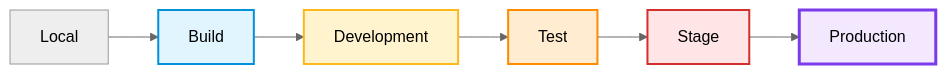
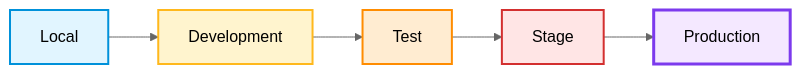
Before and after one commit to nhsbsa/nhsbsa-digital-playbook: the diagram in src/rtl/environments.md, drawn with Mermaid (neutral theme). The commit also changed other lines of this file and 2 other files, not shown here.

````diff
--- a/src/rtl/environments.md
+++ b/src/rtl/environments.md
@@ -36,15 +38,14 @@
 ```mermaid
 graph LR
     accTitle: Environment Propagation Flow
     accDescr: Flowchart showing sequential progression through Local, Build, Development, Test, Stage and Production
-    A[Local] --> B[Build]
-    B[Build] --> C[Development]
-    C --> D[Test]
-    D --> E[Stage]
-    E --> F[Production]
-    style B fill:#e1f5ff,stroke:#0091da,stroke-width:2px
-    style C fill:#fff4ce,stroke:#ffb81c,stroke-width:2px
-    style D fill:#ffecd1,stroke:#ff8c00,stroke-width:2px
-    style E fill:#ffe5e5,stroke:#d32f2f,stroke-width:2px
-    style F fill:#f4e8ff,stroke:#7c3aed,stroke-width:3px
+    A[Local] --> B[Development]
+    B --> C[Test]
+    C --> D[Stage]
+    D --> E[Production]
+    style A fill:#e1f5ff,stroke:#0091da,stroke-width:2px
+    style B fill:#fff4ce,stroke:#ffb81c,stroke-width:2px
+    style C fill:#ffecd1,stroke:#ff8c00,stroke-width:2px
+    style D fill:#ffe5e5,stroke:#d32f2f,stroke-width:2px
+    style E fill:#f4e8ff,stroke:#7c3aed,stroke-width:3px
 ```
````
